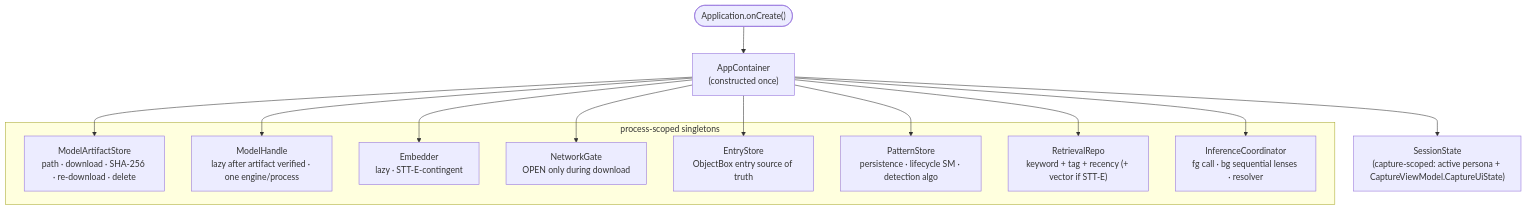
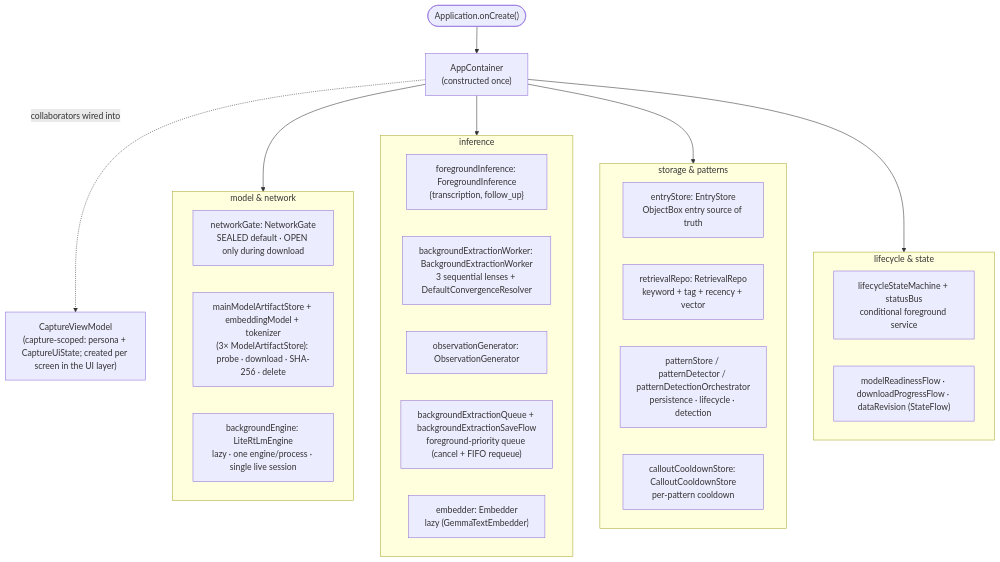
The second of 4 diagrams in docs/diagrams/architecture.md (anchildress1/vestige), drawn with Mermaid before and after one commit. The commit also changed other lines of this file and 19 other files, not shown here.

First line of the commit message:
docs: align diagram atlas, stories, README & spec docs to implementation (#62)

````diff
--- a/docs/diagrams/architecture.md
+++ b/docs/diagrams/architecture.md
@@ -37,28 +42,39 @@
 ```mermaid
 flowchart TB
     accTitle: AppContainer composition root
-    accDescr: Application onCreate constructs AppContainer once, which holds process-scoped singletons ModelArtifactStore, ModelHandle, Embedder, NetworkGate, EntryStore, PatternStore, RetrievalRepo, InferenceCoordinator, and a capture-scoped SessionState.
+    accDescr: Application onCreate constructs AppContainer once. It holds the NetworkGate and EntryStore eagerly, and lazily builds three ModelArtifactStores (main model plus embedding model plus tokenizer), one backgroundEngine LiteRtLmEngine per process, a lazy Embedder, the foreground and background inference collaborators (ForegroundInference, BackgroundExtractionWorker with DefaultConvergenceResolver, ObservationGenerator), the foreground-priority BackgroundExtractionQueue and BackgroundExtractionSaveFlow, RetrievalRepo, the pattern stack (PatternStore, PatternDetector, PatternDetectionOrchestrator, CalloutCooldownStore), the BackgroundExtractionLifecycleStateMachine and status bus, and readiness/progress StateFlows. CaptureViewModel owns the capture-scoped CaptureUiState and is created outside the container.
 
     OnCreate(["Application.onCreate()"]) --> AC["AppContainer<br/>(constructed once)"]
 
-    subgraph proc["process-scoped singletons"]
-      MAS["ModelArtifactStore<br/>path · download · SHA-256 · re-download · delete"]
-      MH["ModelHandle<br/>lazy after artifact verified · one engine/process"]
-      EMB["Embedder<br/>lazy · STT-E-contingent"]
-      NG["NetworkGate<br/>OPEN only during download"]
-      ES["EntryStore<br/>ObjectBox entry source of truth"]
-      PS["PatternStore<br/>persistence · lifecycle SM · detection algo"]
-      RR["RetrievalRepo<br/>keyword + tag + recency (+ vector if STT-E)"]
-      IC["InferenceCoordinator<br/>fg call · bg sequential lenses · resolver"]
+    subgraph model["model & network"]
+      NG["networkGate: NetworkGate<br/>SEALED default · OPEN only during download"]
+      MAS["mainModelArtifactStore + embeddingModel + tokenizer<br/>(3× ModelArtifactStore): probe · download · SHA-256 · delete"]
+      ENG["backgroundEngine: LiteRtLmEngine<br/>lazy · one engine/process · single live session"]
     end
 
-    AC --> MAS
-    AC --> MH
-    AC --> EMB
-    AC --> NG
-    AC --> ES
-    AC --> PS
-    AC --> RR
-    AC --> IC
-    AC --> SS["SessionState<br/>(capture-scoped: active persona + CaptureViewModel.CaptureUiState)"]
+    subgraph infer["inference"]
+      FI["foregroundInference: ForegroundInference<br/>{transcription, follow_up}"]
+      BW["backgroundExtractionWorker: BackgroundExtractionWorker<br/>3 sequential lenses + DefaultConvergenceResolver"]
+      OG["observationGenerator: ObservationGenerator"]
+      BQ["backgroundExtractionQueue + backgroundExtractionSaveFlow<br/>foreground-priority queue (cancel + FIFO requeue)"]
+      EMB["embedder: Embedder<br/>lazy (GemmaTextEmbedder)"]
+    end
+
+    subgraph store["storage & patterns"]
+      ES["entryStore: EntryStore<br/>ObjectBox entry source of truth"]
+      RR["retrievalRepo: RetrievalRepo<br/>keyword + tag + recency + vector"]
+      PS["patternStore / patternDetector / patternDetectionOrchestrator<br/>persistence · lifecycle · detection"]
+      CC["calloutCooldownStore: CalloutCooldownStore<br/>per-pattern cooldown"]
+    end
+
+    subgraph life["lifecycle & state"]
+      LSM["lifecycleStateMachine + statusBus<br/>conditional foreground service"]
+      SF["modelReadinessFlow · downloadProgressFlow · dataRevision (StateFlow)"]
+    end
+
+    AC --> model
+    AC --> infer
+    AC --> store
+    AC --> life
+    AC -. collaborators wired into .-> VM["CaptureViewModel<br/>(capture-scoped: persona + CaptureUiState; created per screen in the UI layer)"]
 ```
````
